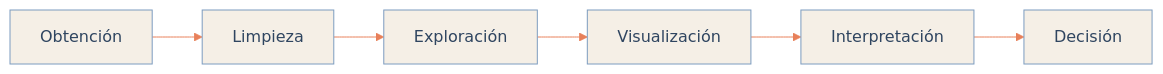
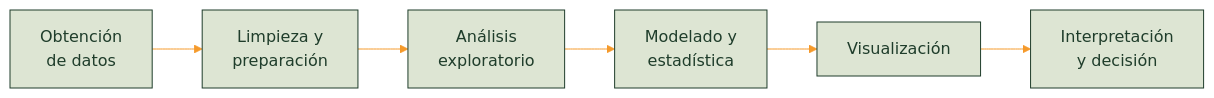
The diagram in README.md (Dnislas/dnislas), drawn with Mermaid before and after one commit. The commit also changed other lines of this file, not shown here.

````diff
--- a/README.md
+++ b/README.md
@@ -186,9 +46,9 @@
 ```mermaid
-%%{init: {'theme':'base','themeVariables':{'primaryColor':'#F5EFE6','primaryBorderColor':'#7C9CBF','primaryTextColor':'#2F4560','lineColor':'#E8805A','fontFamily':'Georgia'}}}%%
+%%{init: {'theme':'base','themeVariables':{'primaryColor':'#DDE5D3','primaryBorderColor':'#1F3D2B','primaryTextColor':'#1F3D2B','lineColor':'#F59A2B','fontFamily':'Verdana'}}}%%
 flowchart LR
-    A[Obtención] --> B[Limpieza]
-    B --> C[Exploración]
-    C --> D[Visualización]
-    D --> E[Interpretación]
-    E --> F[Decisión]
+    A[Obtención<br/>de datos] --> B[Limpieza y<br/>preparación]
+    B --> C[Análisis<br/>exploratorio]
+    C --> D[Modelado y<br/>estadística]
+    D --> E[Visualización]
+    E --> F[Interpretación<br/>y decisión]
 ```
````
